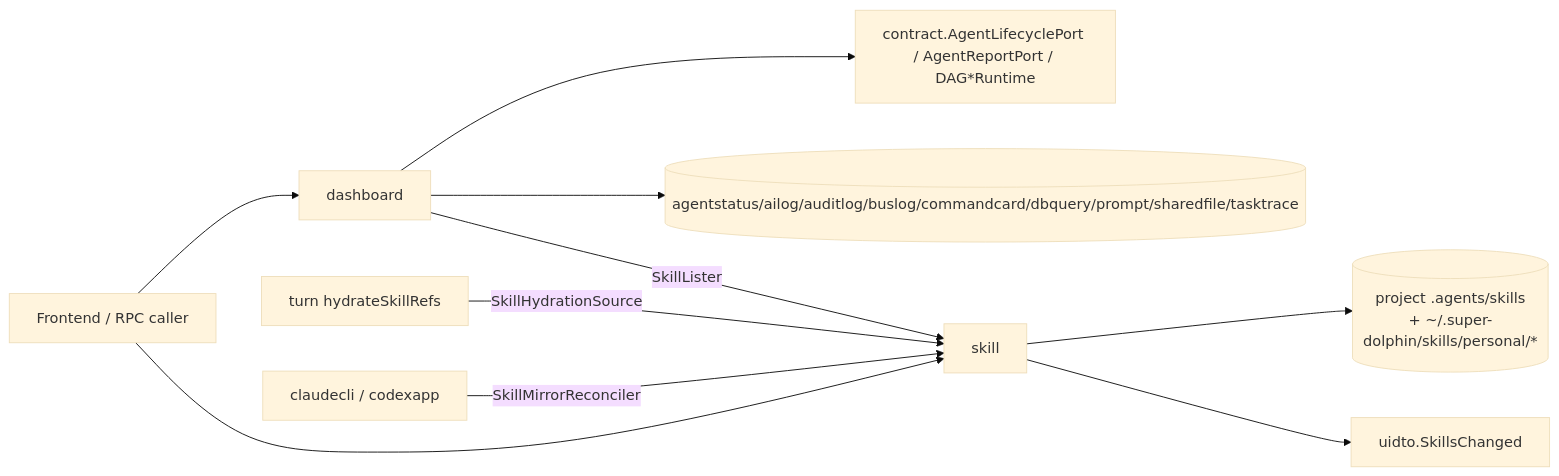
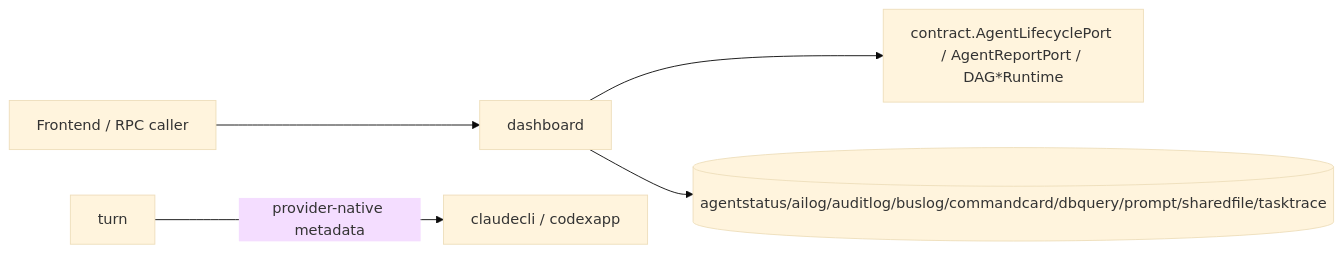
The first of 5 diagrams in docs/doc/codemap/07-module-read.md (lihah111222333-cloud/Super-Dolphin-Agent-Cockpit), drawn with Mermaid (base theme) before and after one commit. The commit also changed other lines of this file and 780 other files, not shown here.

````diff
--- a/docs/doc/codemap/07-module-read.md
+++ b/docs/doc/codemap/07-module-read.md
@@ -15,12 +15,7 @@
 ```mermaid
 flowchart LR
     UI[Frontend / RPC caller] --> DASH[dashboard]
-    UI --> SKILL[skill]
     DASH --> ORCH[contract.AgentLifecyclePort / AgentReportPort / DAG*Runtime]
     DASH --> STORES[(agentstatus/ailog/auditlog/buslog/commandcard/dbquery/prompt/sharedfile/tasktrace)]
-    DASH -->|SkillLister| SKILL
-    SKILL --> ROOTS[(project .agents/skills\n+ ~/.super-dolphin/skills/personal/*)]
-    SKILL --> EVENTS[uidto.SkillsChanged]
-    TURN[turn hydrateSkillRefs] -->|SkillHydrationSource| SKILL
-    PROVIDERS[claudecli / codexapp] -->|SkillMirrorReconciler| SKILL
+    TURN[turn] -->|provider-native metadata| PROVIDERS[claudecli / codexapp]
 ```
````
